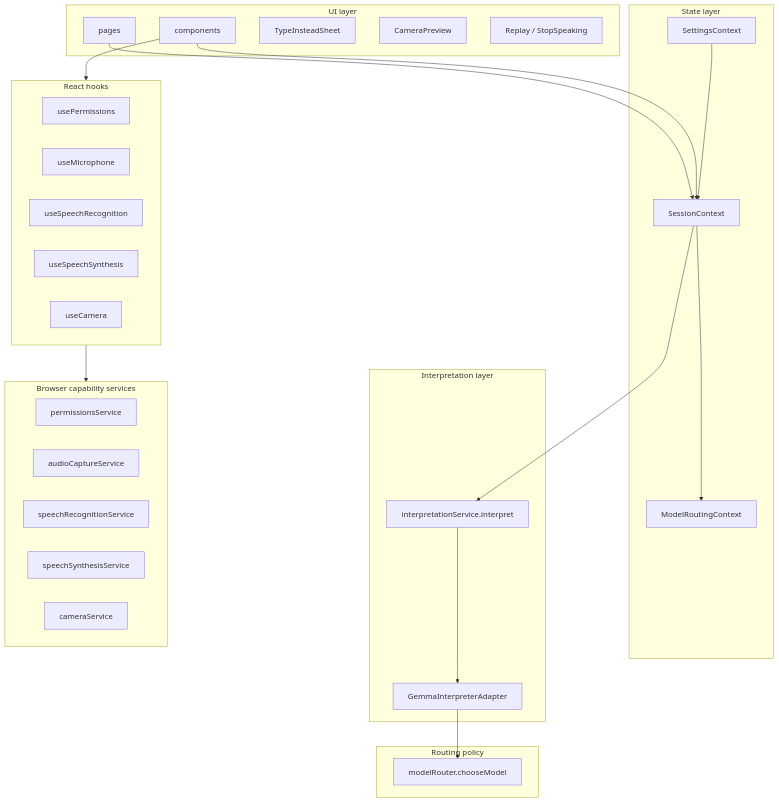
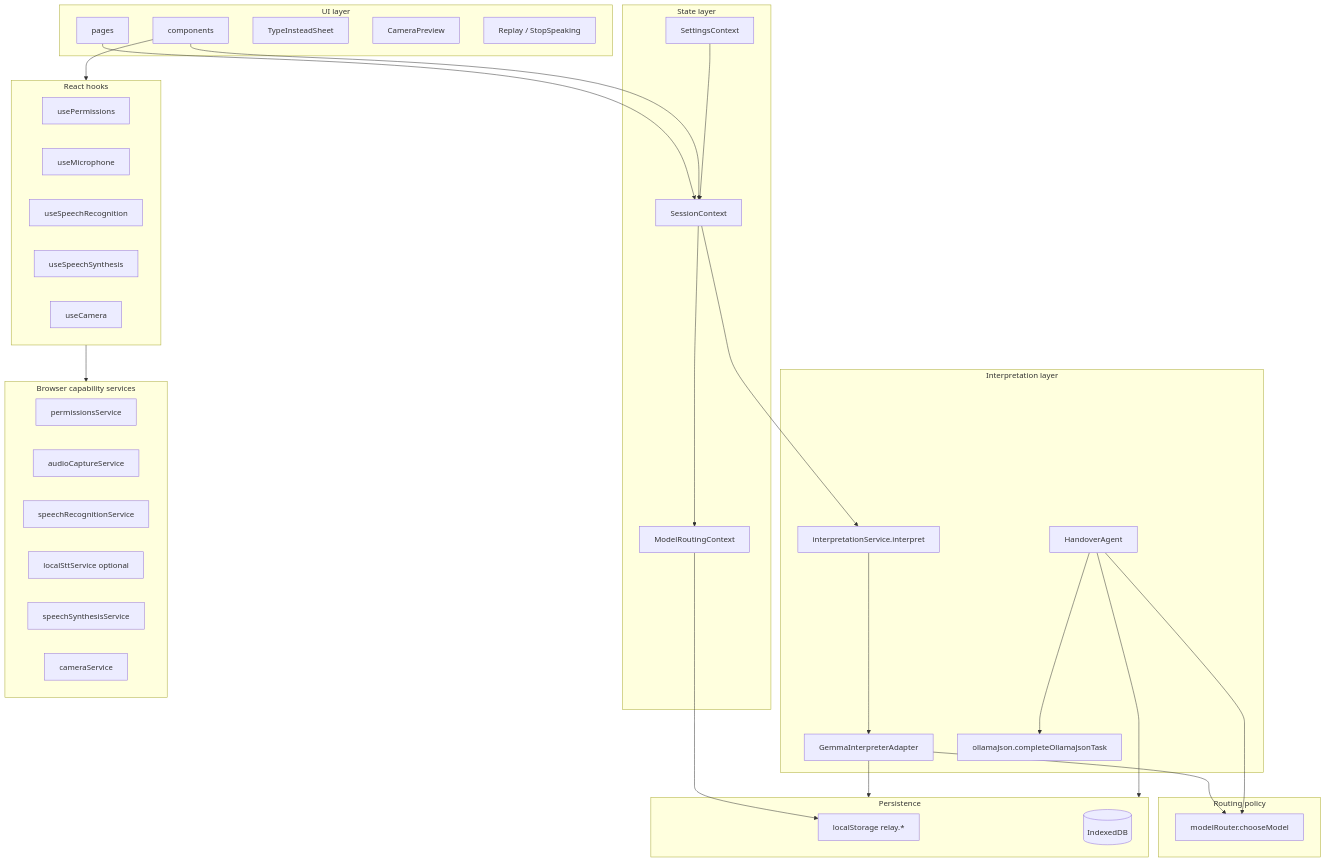
One commit to Manoj7ar/Relay changed the diagram in docs/ARCHITECTURE.md. Above: the diagram before and after it, drawn with Mermaid. The commit also changed other lines of this file and 10 other files, not shown here.

````diff
--- a/docs/ARCHITECTURE.md
+++ b/docs/ARCHITECTURE.md
@@ -15,46 +15,58 @@
 ```mermaid
 flowchart TB
   subgraph ui [UI layer]
     Pages[pages]
     Components[components]
     TypeSheet[TypeInsteadSheet]
     CamPreview[CameraPreview]
     Replay[Replay / StopSpeaking]
   end
   subgraph hooks [React hooks]
     usePerm[usePermissions]
     useMic[useMicrophone]
     useSTT[useSpeechRecognition]
     useTTS[useSpeechSynthesis]
     useCam[useCamera]
   end
   subgraph state [State layer]
     Session[SessionContext]
     RoutingCtx[ModelRoutingContext]
     Settings[SettingsContext]
   end
   subgraph interp [Interpretation layer]
     ISvc[interpretationService.interpret]
     GemmaAdapter[GemmaInterpreterAdapter]
+    OllamaJson[ollamaJson.completeOllamaJsonTask]
+    Handover[HandoverAgent]
   end
   subgraph browser [Browser capability services]
     PermSvc[permissionsService]
     AudioSvc[audioCaptureService]
     STTSvc[speechRecognitionService]
+    LocalSTT[localSttService optional]
     TTSSvc[speechSynthesisService]
     CamSvc[cameraService]
   end
   subgraph routing [Routing policy]
     Router[modelRouter.chooseModel]
+  end
+  subgraph persist [Persistence]
+    LS[localStorage relay.*]
+    IDB[(IndexedDB)]
   end
 
   Pages --> Session
   Components --> Session
   Components --> hooks
   hooks --> browser
   Session --> ISvc
   ISvc --> GemmaAdapter
   GemmaAdapter --> Router
+  Handover --> OllamaJson
+  Handover --> Router
   Session --> RoutingCtx
   Settings --> Session
+  GemmaAdapter --> persist
+  Handover --> persist
+  RoutingCtx --> LS
 ```
````
